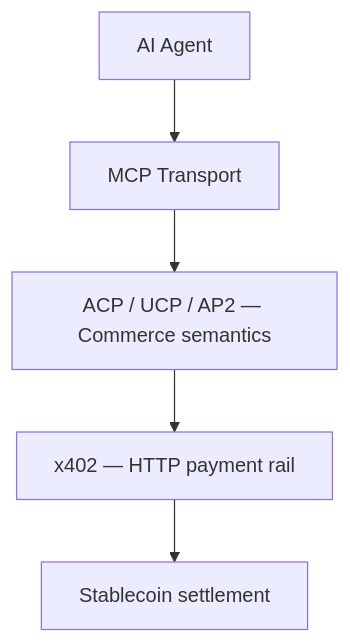
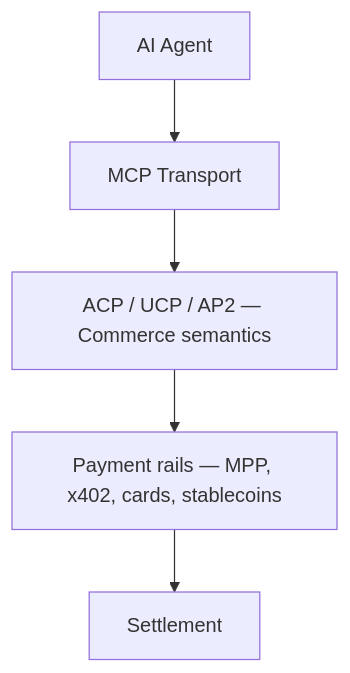
The diagram in src/content/en/agentic-commerce-protocols/index.mdx (xpaysh/docs), drawn with Mermaid before and after one commit. The commit also changed other lines of this file and 4 other files, not shown here.

Commit message:
Rail-agnostic framing in agentic-commerce-protocols + cross-links to xpay.sh

````diff
--- a/src/content/en/agentic-commerce-protocols/index.mdx
+++ b/src/content/en/agentic-commerce-protocols/index.mdx
@@ -21,13 +21,13 @@
 ```mermaid
 flowchart TB
     Agent[AI Agent]
     MCP[MCP Transport]
-    ACP[ACP / UCP / AP2 — Commerce semantics]
-    X402[x402 — HTTP payment rail]
-    Chain[Stablecoin settlement]
+    Commerce[ACP / UCP / AP2 — Commerce semantics]
+    Rails[Payment rails — MPP, x402, cards, stablecoins]
+    Settle[Settlement]
 
     Agent --> MCP
-    MCP --> ACP
-    ACP --> X402
-    X402 --> Chain
+    MCP --> Commerce
+    Commerce --> Rails
+    Rails --> Settle
 ```
````
